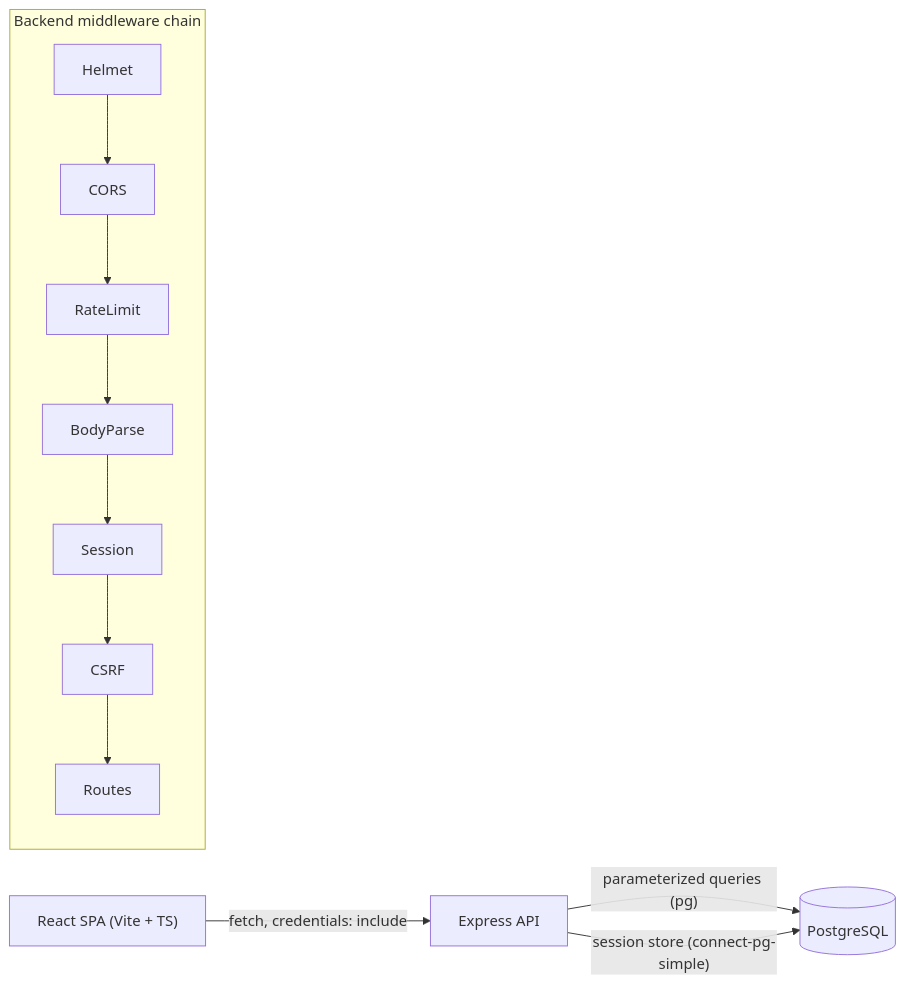
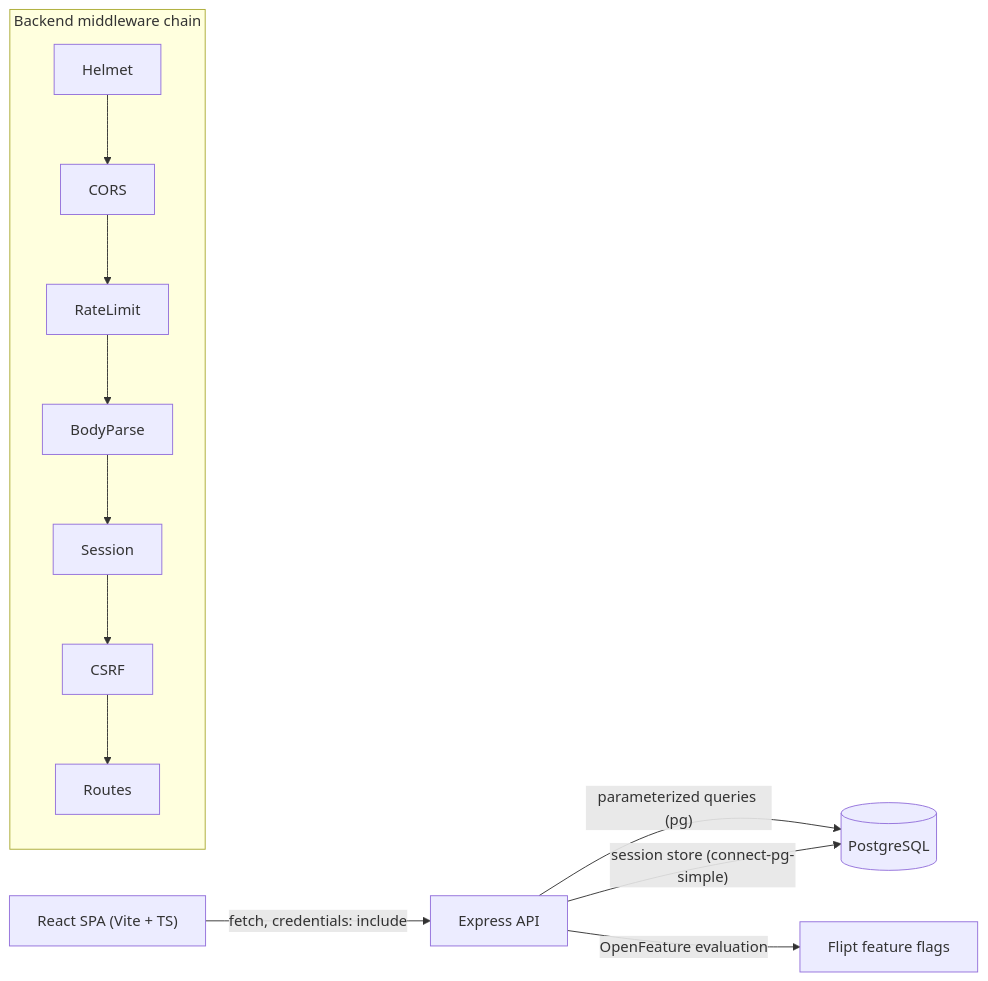
The diagram in README.md (Sreejithw/auth-system), drawn with Mermaid before and after one commit. The commit also changed other lines of this file and 42 other files, not shown here.

Commit message:
Add QA artifact promotion and feature flags

````diff
--- a/README.md
+++ b/README.md
@@ -12,9 +16,10 @@
 ```mermaid
 flowchart LR
   Browser["React SPA (Vite + TS)"] -->|"fetch, credentials: include"| API["Express API"]
   API -->|"parameterized queries (pg)"| DB[("PostgreSQL")]
   API -->|"session store (connect-pg-simple)"| DB
+  API -->|"OpenFeature evaluation"| Flipt["Flipt feature flags"]
   subgraph controls [Backend middleware chain]
     Helmet --> CORS --> RateLimit --> BodyParse --> Session --> CSRF --> Routes
   end
 ```
````
